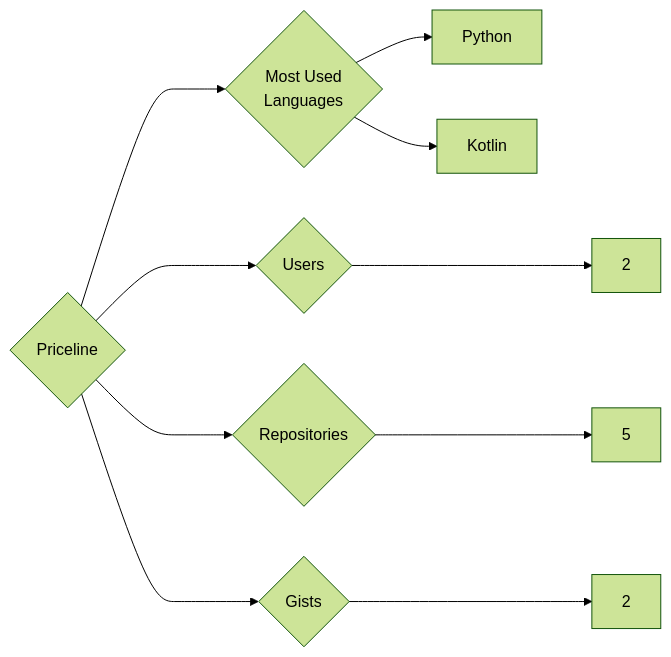
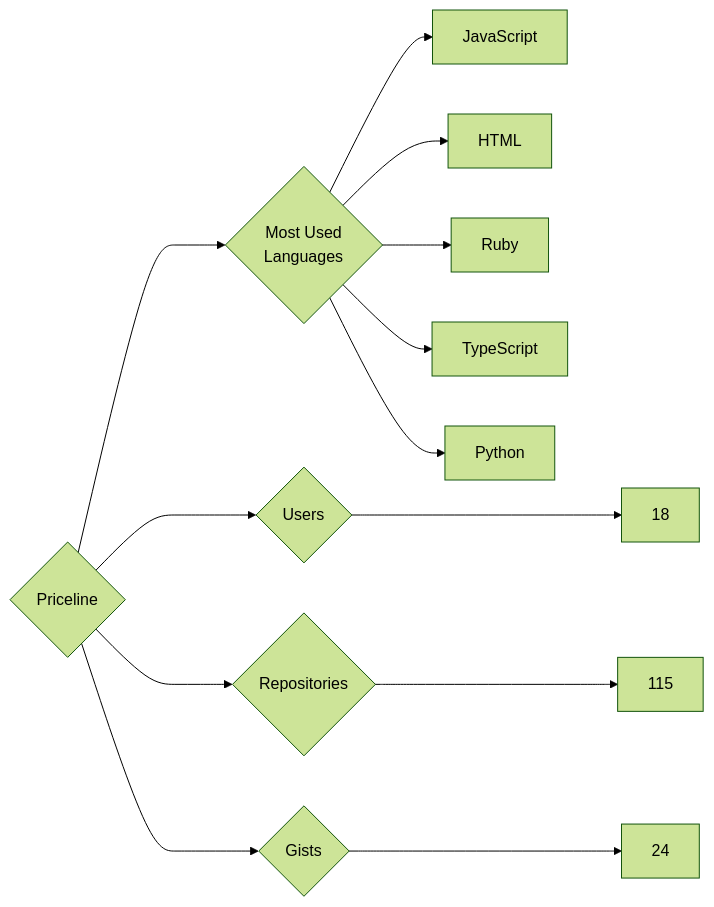
Before and after one commit to trickest/insiders: the diagram in targets/Priceline/README.md, drawn with Mermaid (forest theme). The commit also changed 972 other files, not shown here.

````diff
--- a/targets/Priceline/README.md
+++ b/targets/Priceline/README.md
@@ -3,10 +3,13 @@
 ```mermaid
 graph LR
 COMPANY_NAME{Priceline}
-COMPANY_NAME ---> U{Users} ---> UN[2]
-COMPANY_NAME ---> R{Repositories} ---> RN[5]
-COMPANY_NAME ---> G{Gists} ---> GN[2]
+COMPANY_NAME ---> U{Users} ---> UN[18]
+COMPANY_NAME ---> R{Repositories} ---> RN[115]
+COMPANY_NAME ---> G{Gists} ---> GN[24]
 COMPANY_NAME ---> ML{Most Used<br>Languages}
+ML --> JavaScript[JavaScript]
+ML --> HTML[HTML]
+ML --> Ruby[Ruby]
+ML --> TypeScript[TypeScript]
 ML --> Python[Python]
-ML --> Kotlin[Kotlin]
 ```
````
